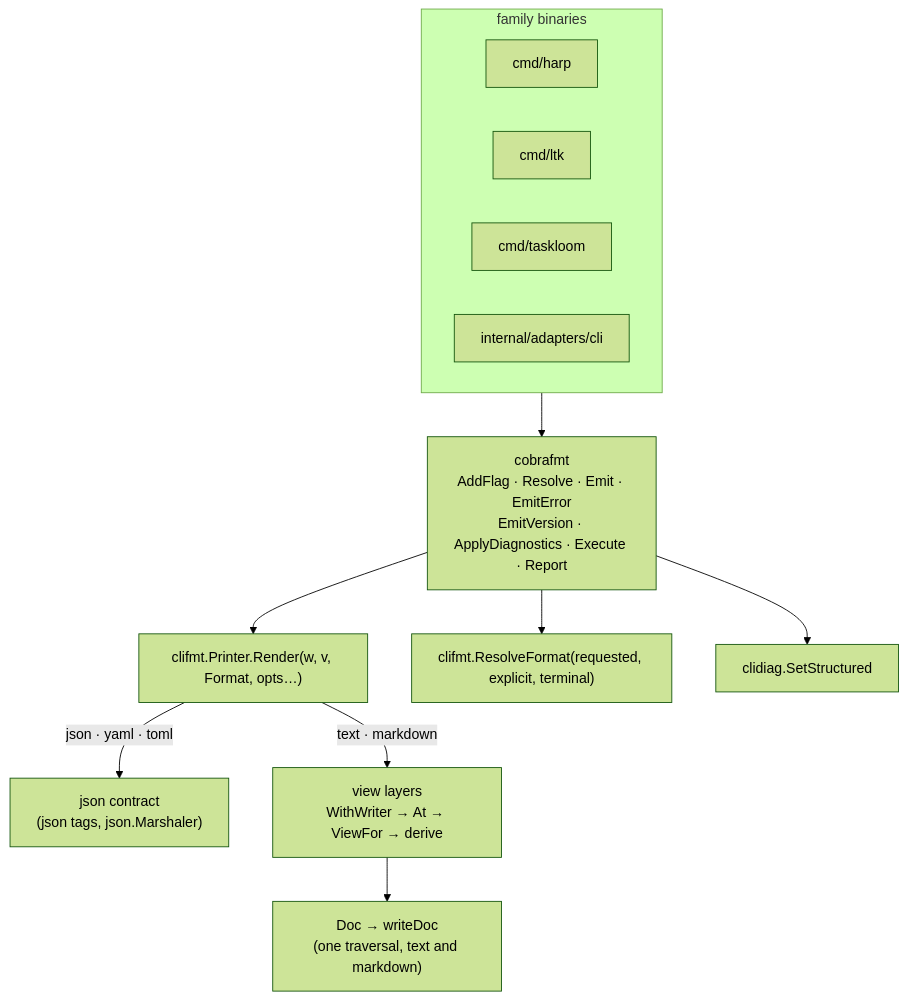
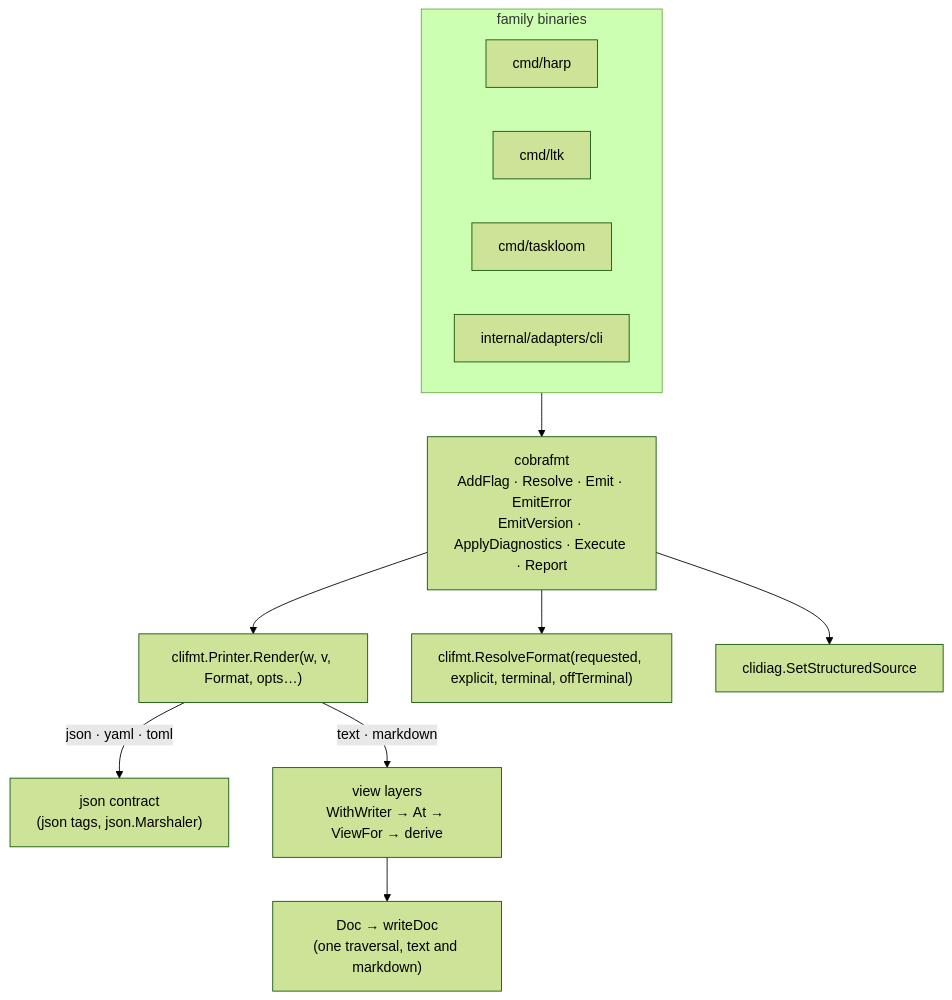
The diagram in docs/architecture/companions/clifmt.md (ctxloom/ctxloom), drawn with Mermaid (forest theme) before and after one commit. The commit also changed other lines of this file and 9 other files, not shown here.

First line of the commit message:
feat(clifmt): an off-terminal default a program can set, and diagnostics that follow it

````diff
--- a/docs/architecture/companions/clifmt.md
+++ b/docs/architecture/companions/clifmt.md
@@ -23,16 +23,16 @@
 ```mermaid
 flowchart TD
     subgraph binaries[family binaries]
         H[cmd/harp]
         L[cmd/ltk]
         T[cmd/taskloom]
         C[internal/adapters/cli]
     end
     binaries --> CF["cobrafmt<br/>AddFlag · Resolve · Emit · EmitError<br/>EmitVersion · ApplyDiagnostics · Execute · Report"]
     CF --> P["clifmt.Printer.Render(w, v, Format, opts…)"]
-    CF --> RF["clifmt.ResolveFormat(requested, explicit, terminal)"]
-    CF --> D["clidiag.SetStructured"]
+    CF --> RF["clifmt.ResolveFormat(requested, explicit, terminal, offTerminal)"]
+    CF --> D["clidiag.SetStructuredSource"]
     P -->|json · yaml · toml| M["json contract<br/>(json tags, json.Marshaler)"]
     P -->|text · markdown| V["view layers<br/>WithWriter → At → ViewFor → derive"]
     V --> DOC["Doc → writeDoc<br/>(one traversal, text and markdown)"]
 ```
````
